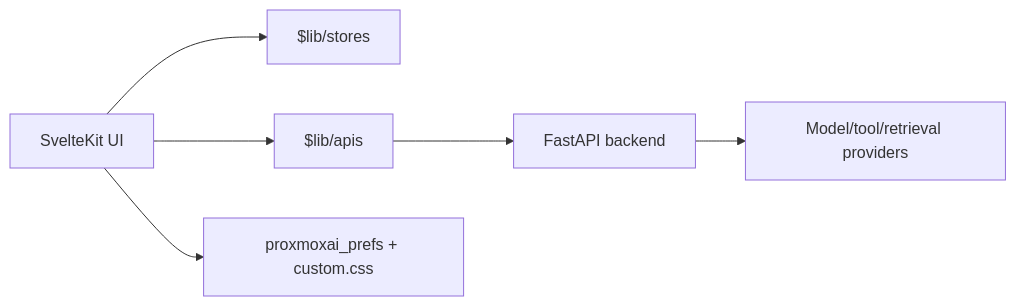
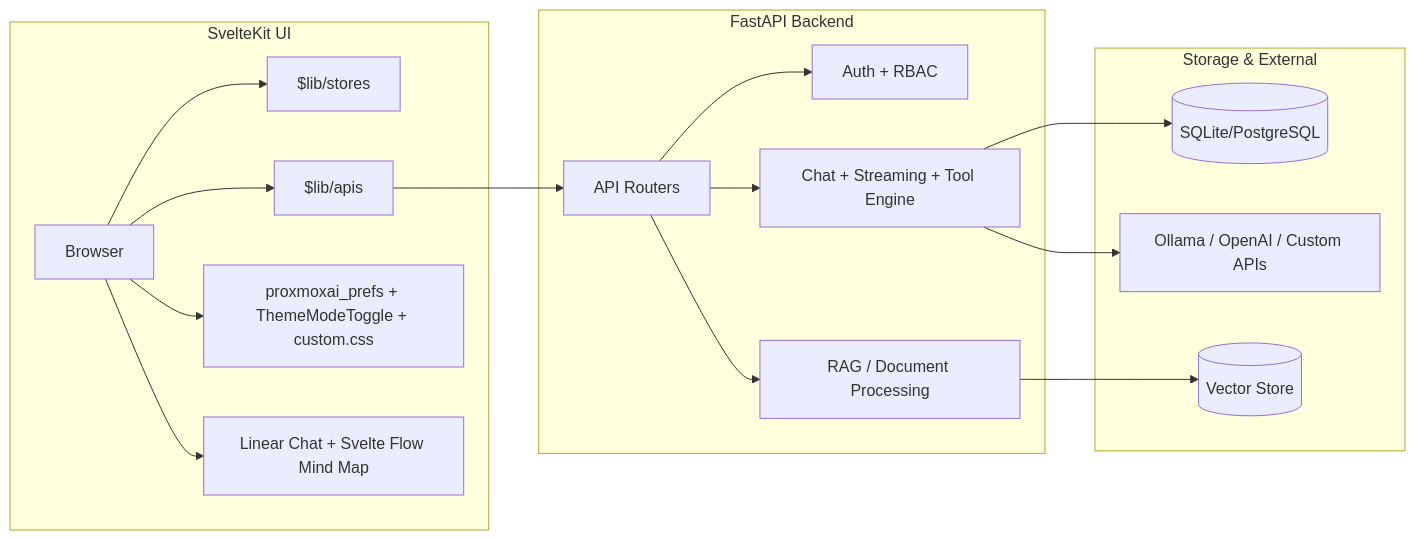
Before and after one commit to trinhtanphat/open-webui: the fourth of 4 diagrams in AI_CONTEXT.md, drawn with Mermaid. The commit also changed other lines of this file and 9 other files, not shown here.

Commit message:
fix: stabilize dual mode chat and theme picker

````diff
--- a/AI_CONTEXT.md
+++ b/AI_CONTEXT.md
@@ -124,8 +177,22 @@
 ```mermaid
 flowchart LR
-  Browser[SvelteKit UI] --> Stores[$lib/stores]
-  Browser --> API[$lib/apis]
-  API --> Backend[FastAPI backend]
-  Backend --> Providers[Model/tool/retrieval providers]
-  Browser --> Theme[proxmoxai_prefs + custom.css]
+  subgraph Frontend[SvelteKit UI]
+    Browser[Browser] --> Stores[$lib/stores]
+    Browser --> API[$lib/apis]
+    Browser --> Theme[proxmoxai_prefs + ThemeModeToggle + custom.css]
+    Browser --> ChatViews[Linear Chat + Svelte Flow Mind Map]
+  end
+
+  subgraph Backend[FastAPI Backend]
+    API --> Router[API Routers]
+    Router --> Auth[Auth + RBAC]
+    Router --> ChatEngine[Chat + Streaming + Tool Engine]
+    Router --> RAG[RAG / Document Processing]
+  end
+
+  subgraph Storage[Storage & External]
+    ChatEngine --> DB[(SQLite/PostgreSQL)]
+    RAG --> VectorDB[(Vector Store)]
+    ChatEngine --> Providers[Ollama / OpenAI / Custom APIs]
+  end
 ```
````
